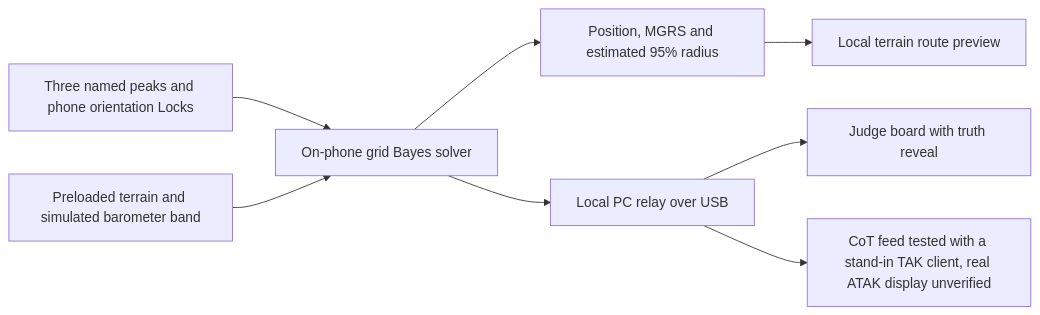
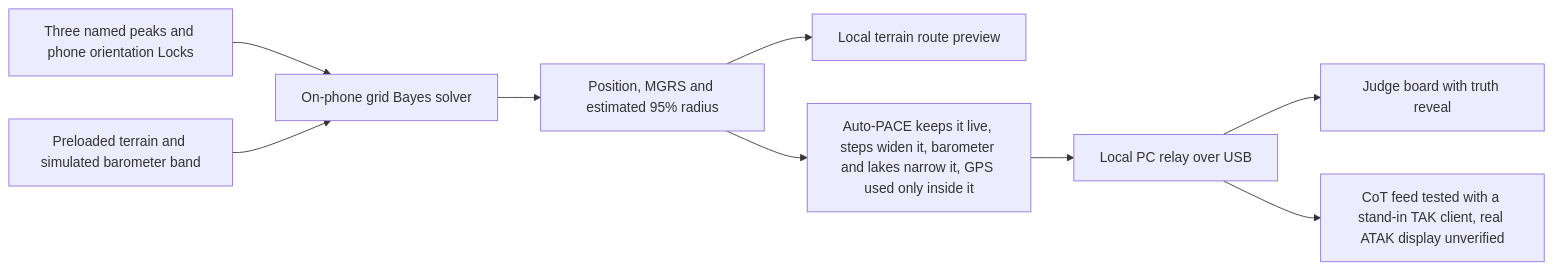
The diagram in README.md (CodeMetalForge-Hackathon/Team-08-RIDGELINE), drawn with Mermaid before and after one commit. The commit also changed other lines of this file and 1 other file, not shown here.

First line of the commit message:
README and script: Auto-PACE is in the build

````diff
--- a/README.md
+++ b/README.md
@@ -62,10 +62,11 @@
 ```mermaid
 flowchart LR
     A[Three named peaks and phone orientation Locks] --> C[On-phone grid Bayes solver]
     B[Preloaded terrain and simulated barometer band] --> C
     C --> D[Position, MGRS and estimated 95% radius]
     D --> E[Local terrain route preview]
-    C --> F[Local PC relay over USB]
+    D --> P[Auto-PACE keeps it live, steps widen it, barometer and lakes narrow it, GPS used only inside it]
+    P --> F[Local PC relay over USB]
     F --> G[Judge board with truth reveal]
     F --> H[CoT feed tested with a stand-in TAK client, real ATAK display unverified]
 ```
````
